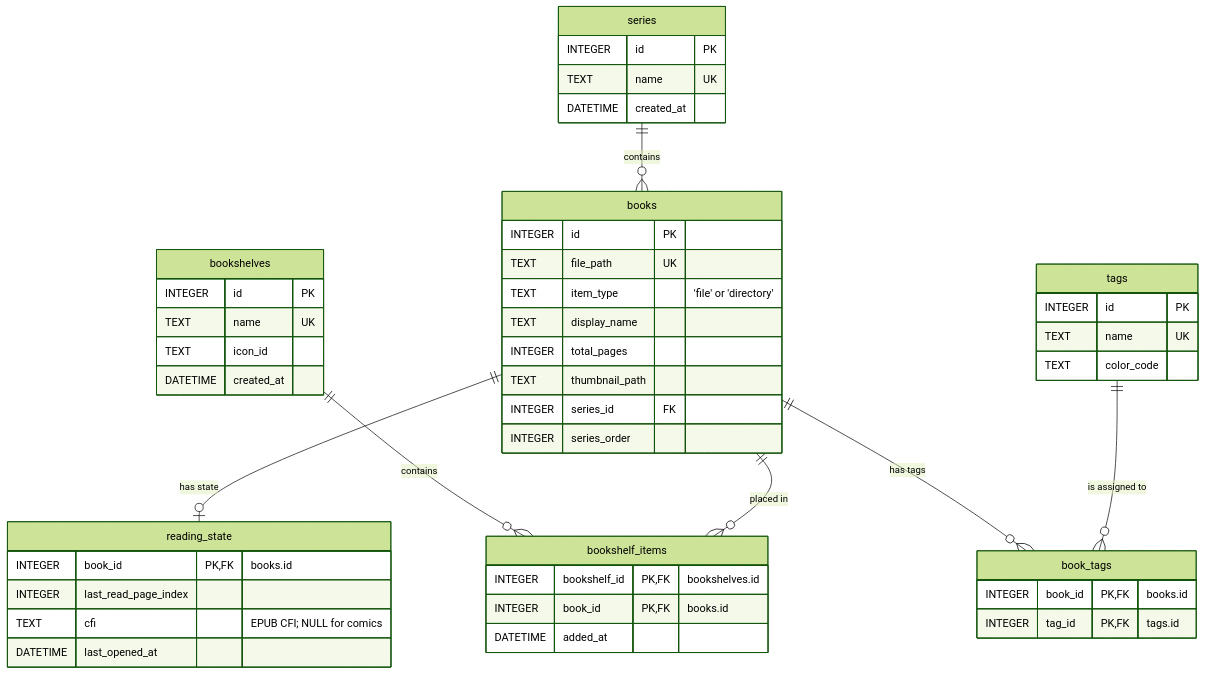
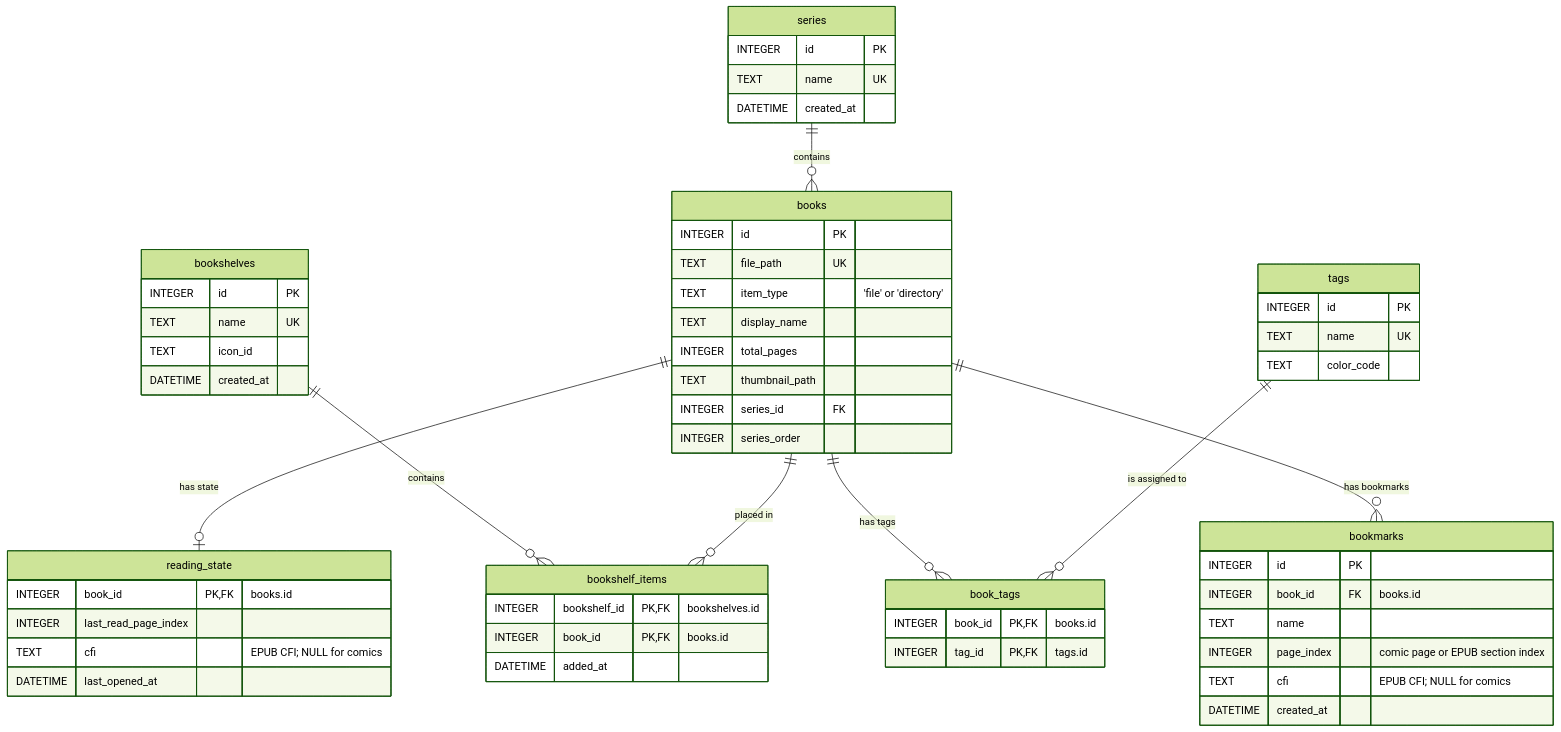
The diagram in docs/database/er_diagram.md (Rookro/RookReader), drawn with Mermaid (forest theme) before and after one commit. The commit also changed 16 other files, not shown here.

````diff
--- a/docs/database/er_diagram.md
+++ b/docs/database/er_diagram.md
@@ -1,57 +1,67 @@
 ```mermaid
 erDiagram
     series ||--o{ books : "contains"
     books ||--o| reading_state : "has state"
     bookshelves ||--o{ bookshelf_items : "contains"
     books ||--o{ bookshelf_items : "placed in"
     books ||--o{ book_tags : "has tags"
     tags ||--o{ book_tags : "is assigned to"
+    books ||--o{ bookmarks : "has bookmarks"
 
     books {
         INTEGER id PK
         TEXT file_path UK
         TEXT item_type "'file' or 'directory'"
         TEXT display_name
         INTEGER total_pages
         TEXT thumbnail_path
         INTEGER series_id FK
         INTEGER series_order
     }
     
     series {
         INTEGER id PK
         TEXT name UK
         DATETIME created_at
     }
     
     reading_state {
         INTEGER book_id PK, FK "books.id"
         INTEGER last_read_page_index
         TEXT cfi "EPUB CFI; NULL for comics"
         DATETIME last_opened_at
     }
 
     bookshelves {
         INTEGER id PK
         TEXT name UK
         TEXT icon_id
         DATETIME created_at
     }
 
     bookshelf_items {
         INTEGER bookshelf_id PK, FK "bookshelves.id"
         INTEGER book_id PK, FK "books.id"
         DATETIME added_at
     }
     
     tags {
         INTEGER id PK
         TEXT name UK
         TEXT color_code
     }
     
     book_tags {
         INTEGER book_id PK, FK "books.id"
         INTEGER tag_id PK, FK "tags.id"
     }
+
+    bookmarks {
+        INTEGER id PK
+        INTEGER book_id FK "books.id"
+        TEXT name
+        INTEGER page_index "comic page or EPUB section index"
+        TEXT cfi "EPUB CFI; NULL for comics"
+        DATETIME created_at
+    }
 ```
````
